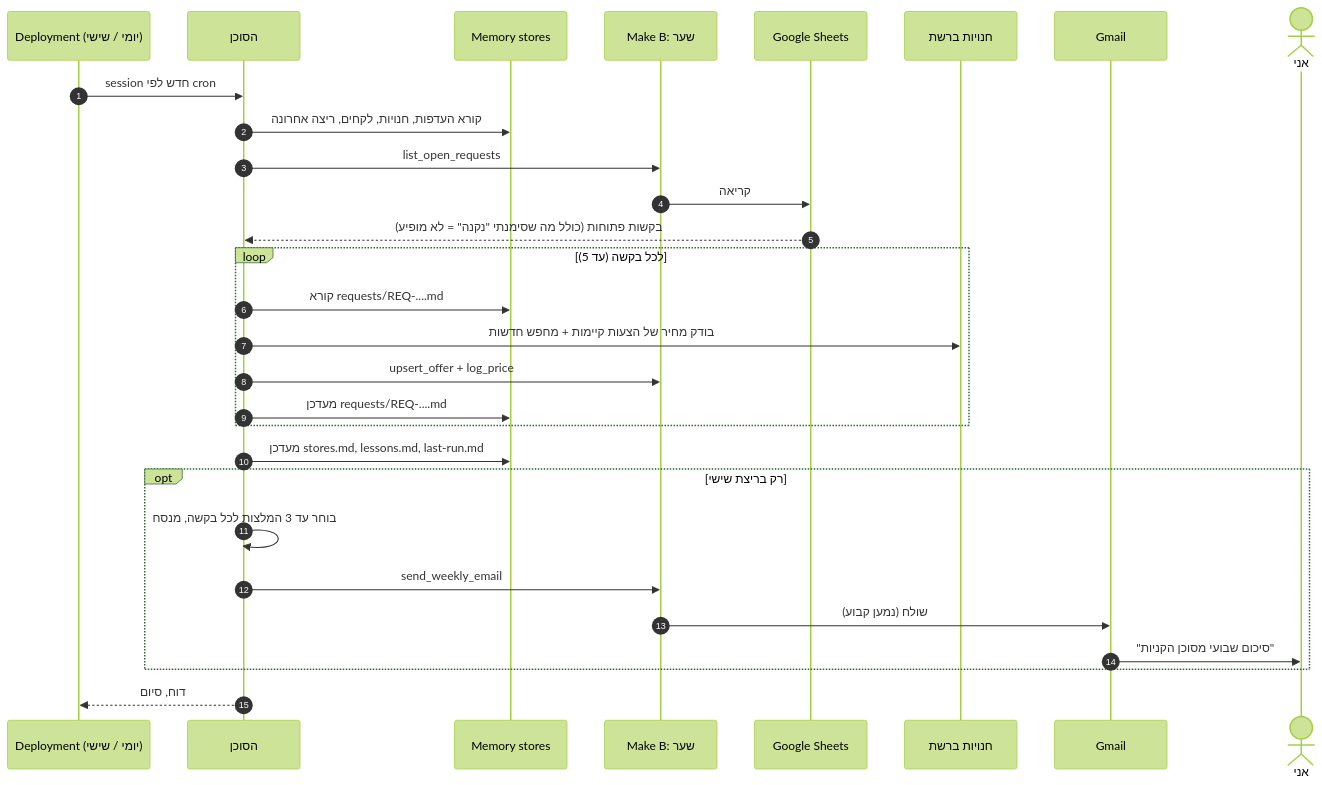
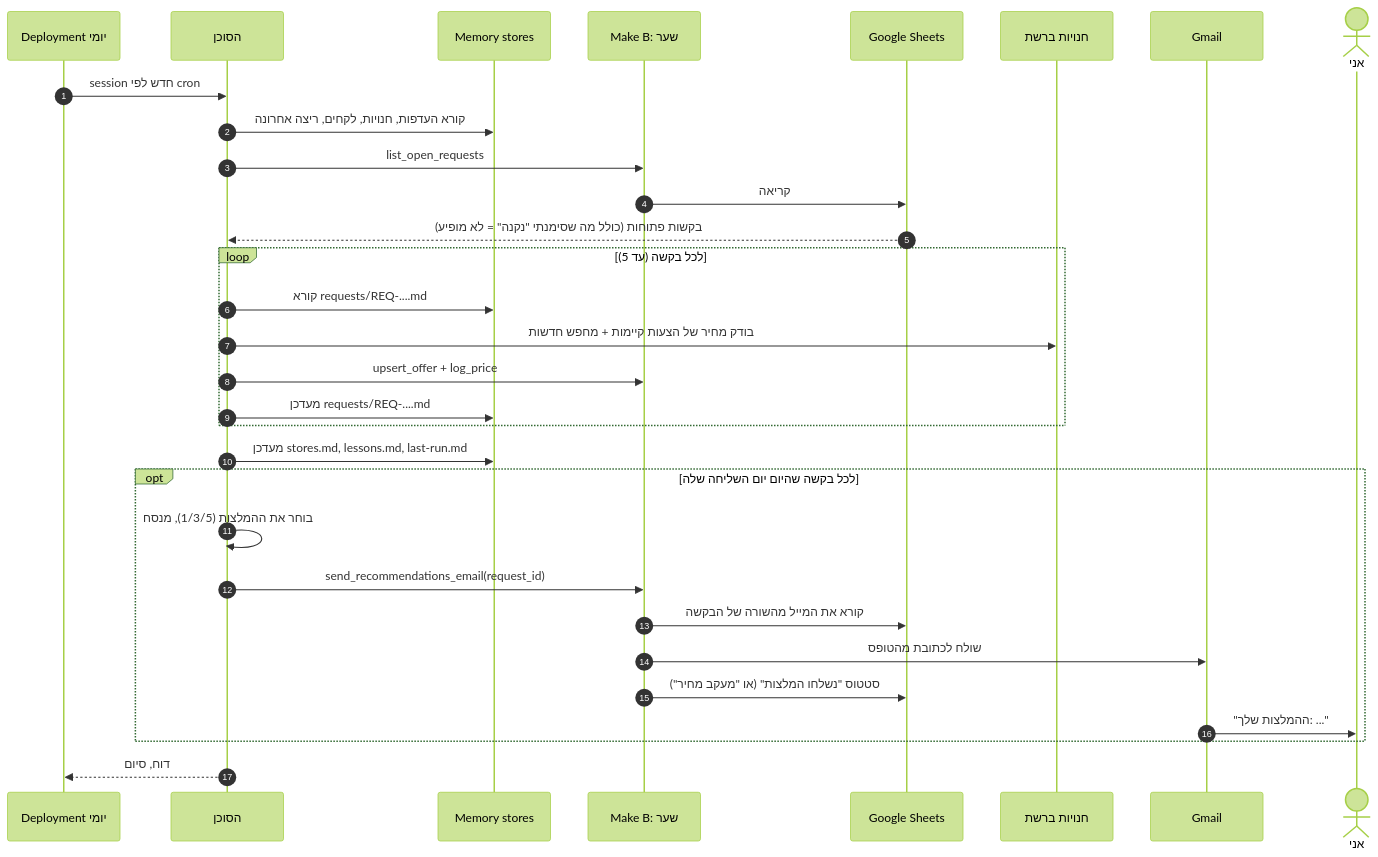
The fourth of 6 diagrams in shopping-agent/Architecture.md (ronazeevi/SearchJobs), drawn with Mermaid (forest theme) before and after one commit. The commit also changed other lines of this file and 3 other files, not shown here.

First line of the commit message:
Shopping agent: per-request send date, email from form, short form with defaults, form link

````diff
--- a/shopping-agent/Architecture.md
+++ b/shopping-agent/Architecture.md
@@ -220,32 +217,34 @@
 ```mermaid
 sequenceDiagram
     autonumber
-    participant D as Deployment (יומי / שישי)
+    participant D as Deployment יומי
     participant AG as הסוכן
     participant M as Memory stores
     participant B as Make B: שער
     participant S as Google Sheets
     participant W as חנויות ברשת
     participant G as Gmail
     actor Me as אני
 
     D->>AG: session חדש לפי cron
     AG->>M: קורא העדפות, חנויות, לקחים, ריצה אחרונה
     AG->>B: list_open_requests
     B->>S: קריאה
     S-->>AG: בקשות פתוחות (כולל מה שסימנתי "נקנה" = לא מופיע)
     loop לכל בקשה (עד 5)
         AG->>M: קורא requests/REQ-....md
         AG->>W: בודק מחיר של הצעות קיימות + מחפש חדשות
         AG->>B: upsert_offer + log_price
         AG->>M: מעדכן requests/REQ-....md
     end
     AG->>M: מעדכן stores.md, lessons.md, last-run.md
-    opt רק בריצת שישי
-        AG->>AG: בוחר עד 3 המלצות לכל בקשה, מנסח
-        AG->>B: send_weekly_email
-        B->>G: שולח (נמען קבוע)
-        G->>Me: "סיכום שבועי מסוכן הקניות"
+    opt לכל בקשה שהיום יום השליחה שלה
+        AG->>AG: בוחר את ההמלצות (1/3/5), מנסח
+        AG->>B: send_recommendations_email(request_id)
+        B->>S: קורא את המייל מהשורה של הבקשה
+        B->>G: שולח לכתובת מהטופס
+        B->>S: סטטוס "נשלחו המלצות" (או "מעקב מחיר")
+        G->>Me: "ההמלצות שלך: ..."
     end
     AG-->>D: דוח, סיום
 ```
````
